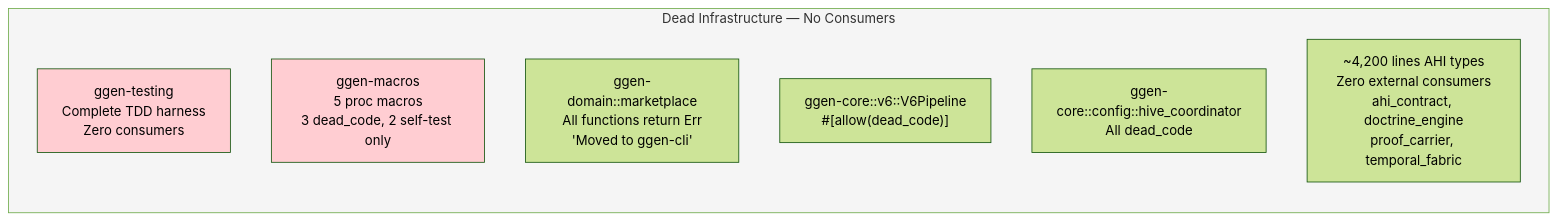
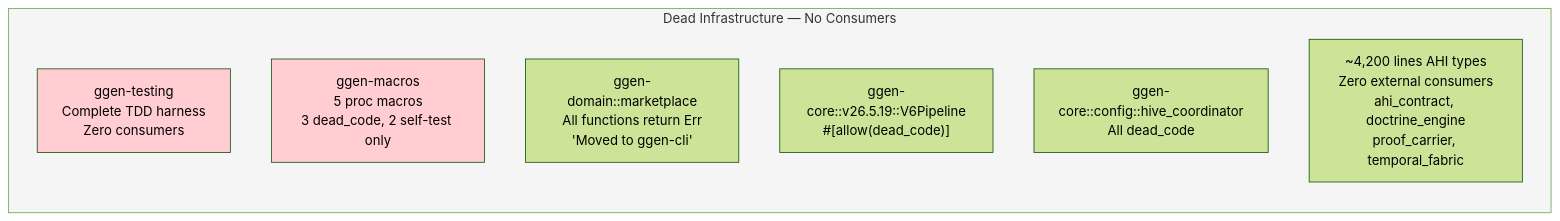
One commit to seanchatmangpt/ggen changed the fourth of 4 diagrams in docs/architecture/COMPRESSED_REFERENCE.md. Above: the diagram before and after it, drawn with Mermaid (forest theme). The commit also changed other lines of this file and 269 other files, not shown here.

````diff
--- a/docs/architecture/COMPRESSED_REFERENCE.md
+++ b/docs/architecture/COMPRESSED_REFERENCE.md
@@ -250,15 +250,15 @@
 ```mermaid
 flowchart LR
     subgraph DEAD["Dead Infrastructure — No Consumers"]
         TESTING["ggen-testing<br/>Complete TDD harness<br/>Zero consumers"]
         MACROS["ggen-macros<br/>5 proc macros<br/>3 dead_code, 2 self-test only"]
         DOMAIN_MK["ggen-domain::marketplace<br/>All functions return Err<br/>'Moved to ggen-cli'"]
-        V6["ggen-core::v6::V6Pipeline<br/>#[allow(dead_code)]"]
+        V6["ggen-core::v26.5.19::V6Pipeline<br/>#[allow(dead_code)]"]
         HIVE["ggen-core::config::hive_coordinator<br/>All dead_code"]
         AHI["~4,200 lines AHI types<br/>Zero external consumers<br/>ahi_contract, doctrine_engine<br/>proof_carrier, temporal_fabric"]
     end
 
     style DEAD fill:#f5f5f5
     style TESTING fill:#ffcdd2
     style MACROS fill:#ffcdd2
 ```
````
